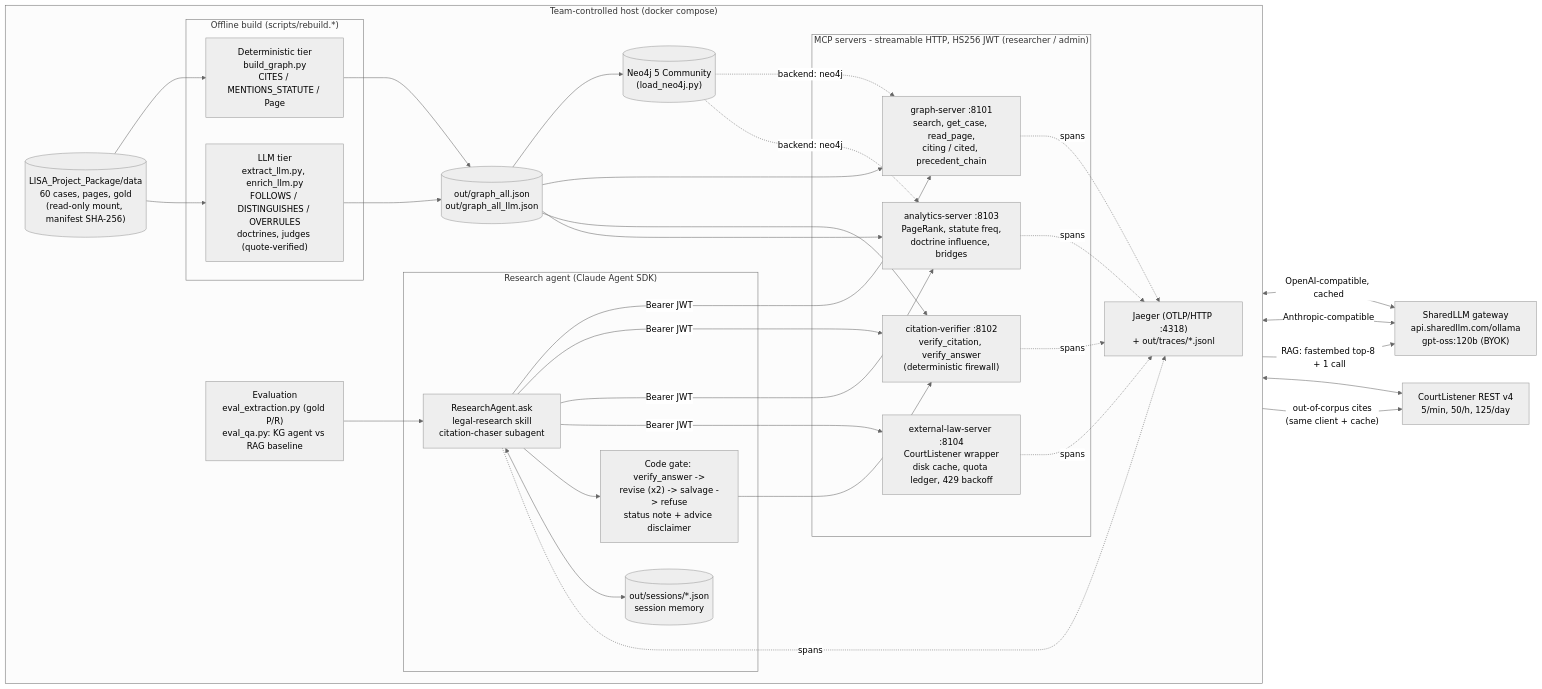
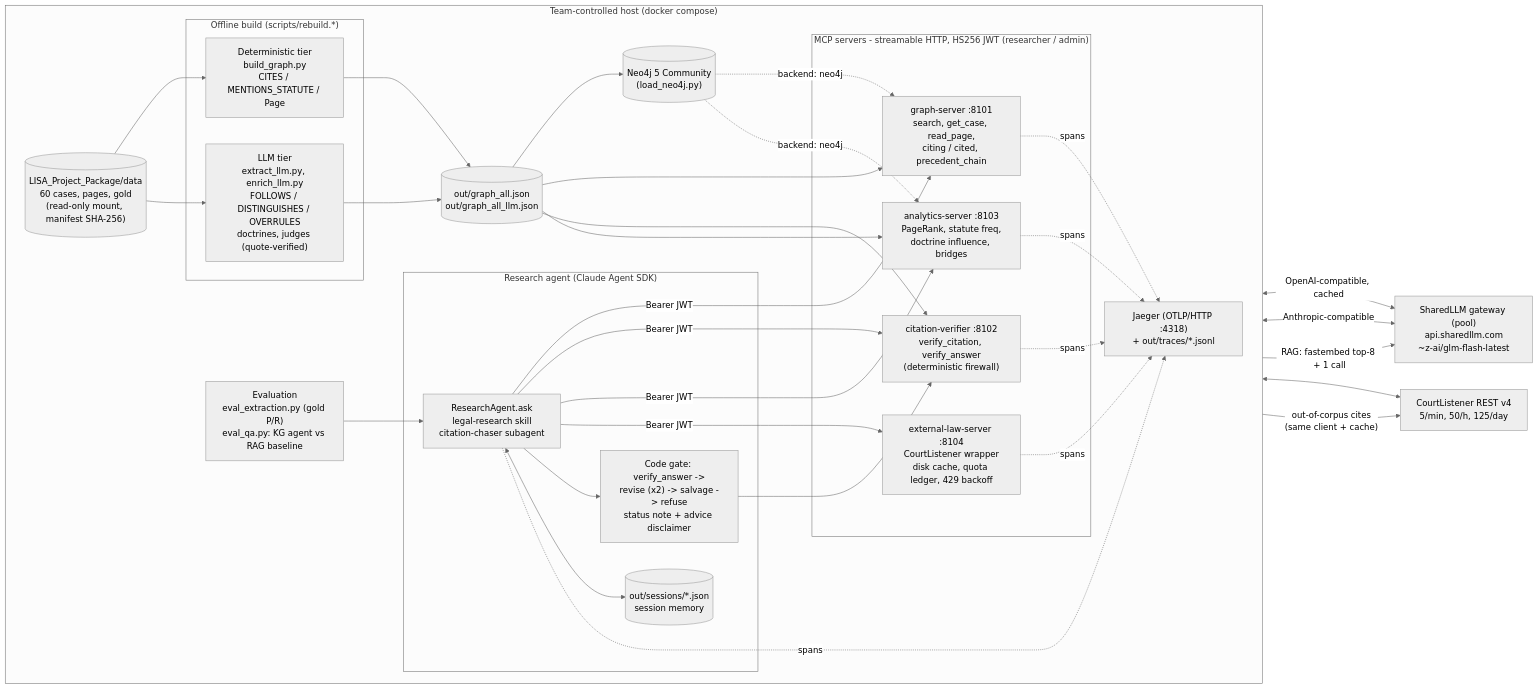
Before and after one commit to bhargavlukka/lisa-legal-kg: the diagram in diagrams/architecture.mmd, drawn with Mermaid (neutral theme). The commit also changed 6 other files, not shown here.

Commit message:
compose: per-service secrets, agent gets a researcher token instead of the signing secret; docs: SharedLLM pool model path, fencing scope, secrets

````diff
--- a/diagrams/architecture.mmd
+++ b/diagrams/architecture.mmd
@@ -1,43 +1,43 @@
 %% LISA full system. Render: GitHub shows ```mermaid blocks natively (docs/architecture.md), or `npx @mermaid-js/mermaid-cli -i diagrams/architecture.mmd -o diagrams/architecture.svg`.
 flowchart LR
   subgraph Host["Team-controlled host (docker compose)"]
     direction LR
     DATA[("LISA_Project_Package/data<br/>60 cases, pages, gold<br/>(read-only mount, manifest SHA-256)")]
     subgraph Build["Offline build (scripts/rebuild.*)"]
       DET["Deterministic tier<br/>build_graph.py<br/>CITES / MENTIONS_STATUTE / Page"]
       LLMX["LLM tier<br/>extract_llm.py, enrich_llm.py<br/>FOLLOWS / DISTINGUISHES / OVERRULES<br/>doctrines, judges (quote-verified)"]
     end
     GJSON[("out/graph_all.json<br/>out/graph_all_llm.json")]
     NEO[("Neo4j 5 Community<br/>(load_neo4j.py)")]
     subgraph MCP["MCP servers - streamable HTTP, HS256 JWT (researcher / admin)"]
       G["graph-server :8101<br/>search, get_case, read_page,<br/>citing / cited, precedent_chain"]
       V["citation-verifier :8102<br/>verify_citation, verify_answer<br/>(deterministic firewall)"]
       A["analytics-server :8103<br/>PageRank, statute freq,<br/>doctrine influence, bridges"]
       X["external-law-server :8104<br/>CourtListener wrapper<br/>disk cache, quota ledger, 429 backoff"]
     end
     subgraph Agent["Research agent (Claude Agent SDK)"]
       AG["ResearchAgent.ask<br/>legal-research skill<br/>citation-chaser subagent"]
       GATE["Code gate: verify_answer -><br/>revise (x2) -> salvage -> refuse<br/>status note + advice disclaimer"]
       MEM[("out/sessions/*.json<br/>session memory")]
     end
     J["Jaeger (OTLP/HTTP :4318)<br/>+ out/traces/*.jsonl"]
     EV["Evaluation<br/>eval_extraction.py (gold P/R)<br/>eval_qa.py: KG agent vs RAG baseline"]
   end
-  LLM["SharedLLM gateway<br/>api.sharedllm.com/ollama<br/>gpt-oss:120b (BYOK)"]
+  LLM["SharedLLM gateway (pool)<br/>api.sharedllm.com<br/>~z-ai/glm-flash-latest"]
   CL["CourtListener REST v4<br/>5/min, 50/h, 125/day"]
 
   DATA --> DET --> GJSON
   DATA --> LLMX --> GJSON
   LLMX <-->|"OpenAI-compatible, cached"| LLM
   GJSON --> NEO
   GJSON --> G & V & A
   NEO -. "backend: neo4j" .-> G & A
   X <--> CL
   V -->|"out-of-corpus cites<br/>(same client + cache)"| CL
   AG <-->|"Anthropic-compatible"| LLM
   AG -->|"Bearer JWT"| G & V & A & X
   AG --> GATE --> V
   AG <--> MEM
   G & V & A & X & AG -. spans .-> J
   EV --> AG
   EV -->|"RAG: fastembed top-8 + 1 call"| LLM
````
